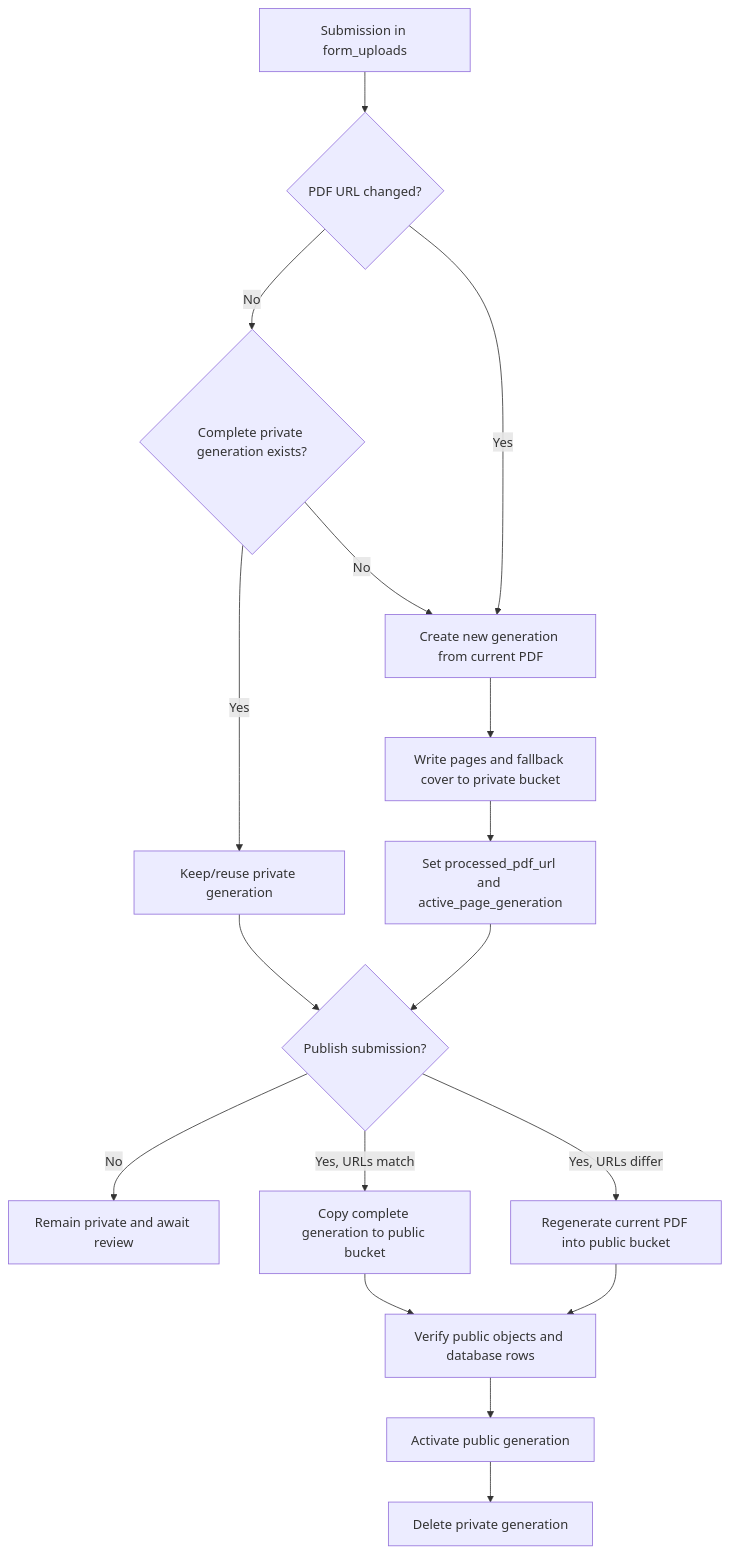
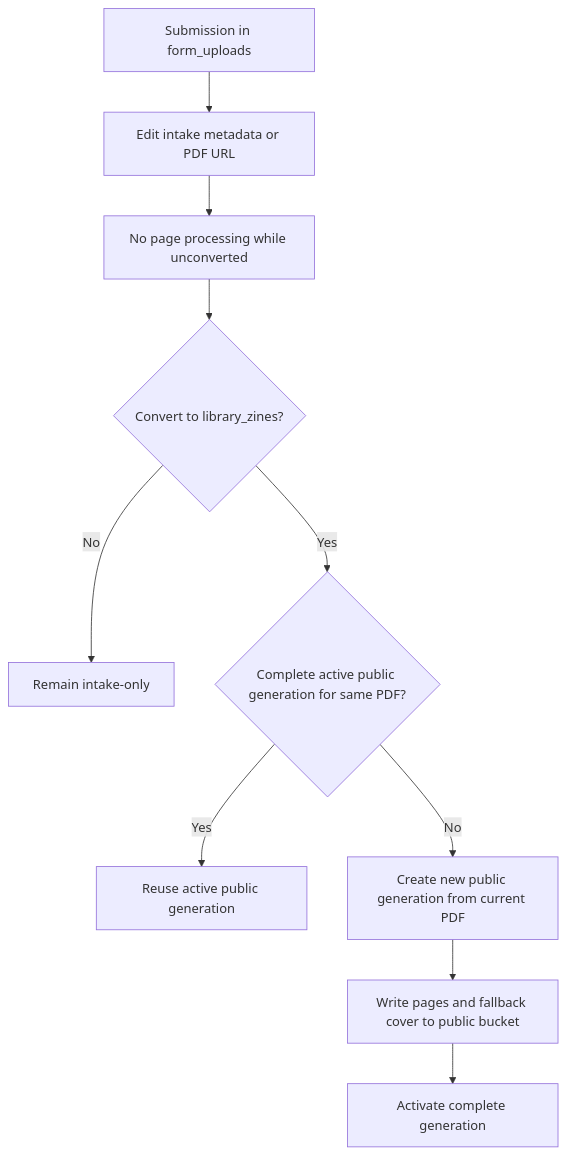
One commit to lumamontes/biblioteca-de-zines changed the second of 2 diagrams in docs/specs/page-processing-and-asset-lifecycle.md. Above: the diagram before and after it, drawn with Mermaid. The commit also changed other lines of this file and 18 other files, not shown here.

````diff
--- a/docs/specs/page-processing-and-asset-lifecycle.md
+++ b/docs/specs/page-processing-and-asset-lifecycle.md
@@ -77,19 +76,12 @@
 ```mermaid
 flowchart TD
-    A[Submission in form_uploads] --> B{PDF URL changed?}
-    B -- No --> C{Complete private generation exists?}
-    B -- Yes --> D[Create new generation from current PDF]
-    C -- Yes --> E[Keep/reuse private generation]
-    C -- No --> D
-    D --> F[Write pages and fallback cover to private bucket]
-    F --> G[Set processed_pdf_url and active_page_generation]
-    E --> H{Publish submission?}
-    G --> H
-    H -- No --> I[Remain private and await review]
-    H -- Yes, URLs match --> J[Copy complete generation to public bucket]
-    H -- Yes, URLs differ --> K[Regenerate current PDF into public bucket]
-    J --> L[Verify public objects and database rows]
-    K --> L
-    L --> M[Activate public generation]
-    M --> N[Delete private generation]
+    A[Submission in form_uploads] --> B[Edit intake metadata or PDF URL]
+    B --> C[No page processing while unconverted]
+    C --> D{Convert to library_zines?}
+    D -- No --> E[Remain intake-only]
+    D -- Yes --> F{Complete active public generation for same PDF?}
+    F -- Yes --> G[Reuse active public generation]
+    F -- No --> H[Create new public generation from current PDF]
+    H --> I[Write pages and fallback cover to public bucket]
+    I --> J[Activate complete generation]
 ```
````
